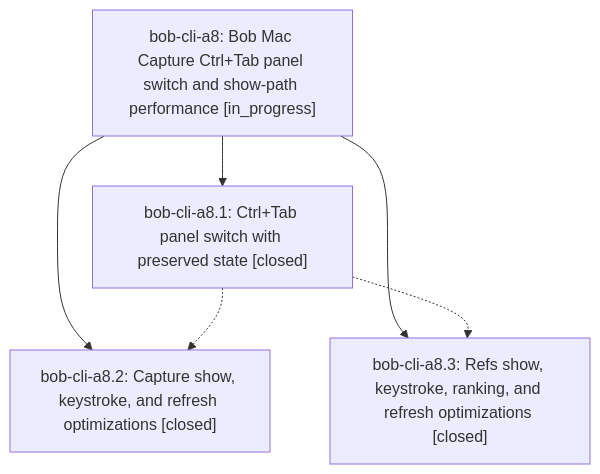
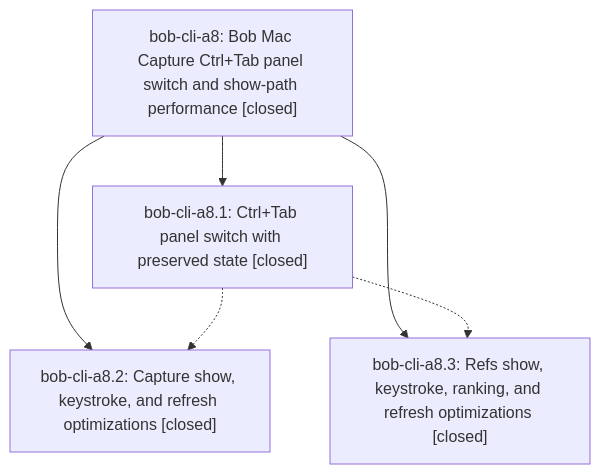
Before and after one commit to bobs-org/bob-cli--beads: the diagram in pages/bob-cli-a8/README.md, drawn with Mermaid. The commit also changed other lines of this file and 1 other file, not shown here.

First line of the commit message:
chore(beads): sync bead state and pages for bob-cli-a8

````diff
--- a/pages/bob-cli-a8/README.md
+++ b/pages/bob-cli-a8/README.md
@@ -36,12 +50,12 @@
 ```mermaid
 flowchart TD
-    n0["bob-cli-a8: Bob Mac Capture Ctrl+Tab panel switch and show-path performance [in_progress]"]
+    n0["bob-cli-a8: Bob Mac Capture Ctrl+Tab panel switch and show-path performance [closed]"]
     n1["bob-cli-a8.1: Ctrl+Tab panel switch with preserved state [closed]"]
     n2["bob-cli-a8.2: Capture show, keystroke, and refresh optimizations [closed]"]
     n3["bob-cli-a8.3: Refs show, keystroke, ranking, and refresh optimizations [closed]"]
     n0 --> n1
     n0 --> n2
     n0 --> n3
     n1 -.-> n2
     n1 -.-> n3
 ```
````
